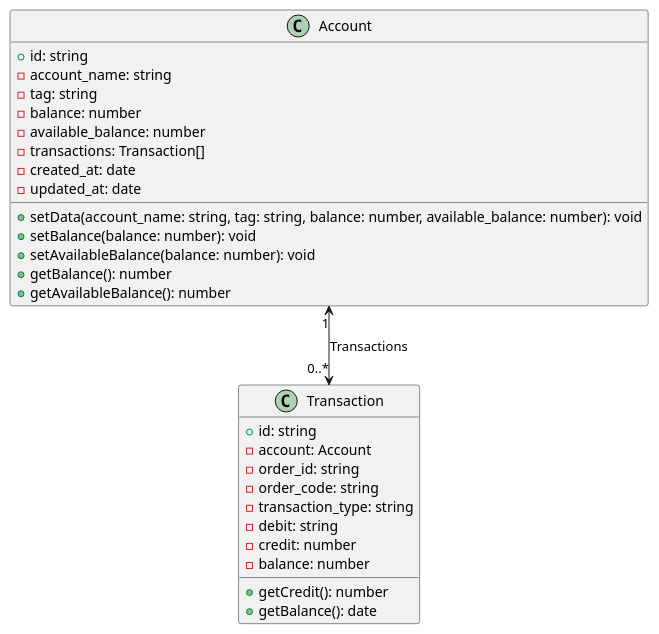
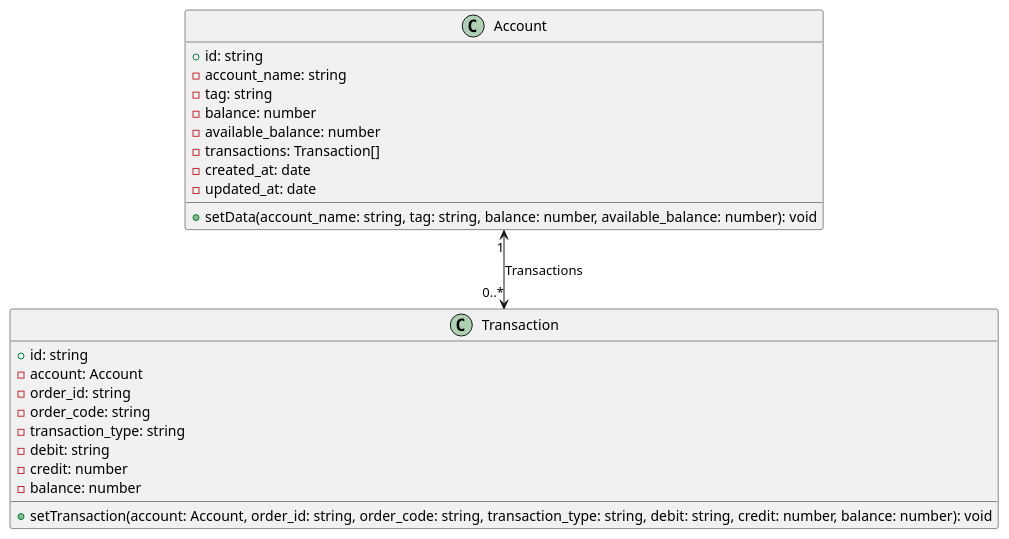
The diagram in diagram-uml.puml (Tonetete/fortris-cc), drawn with PlantUML before and after one commit.

```diff
--- a/diagram-uml.puml
+++ b/diagram-uml.puml
@@ -1,34 +1,29 @@
 @startuml
 class Account {
   + id: string
   - account_name: string
   - tag: string
   - balance: number
   - available_balance: number
   - transactions: Transaction[]
   - created_at: date
   - updated_at: date
   + setData(account_name: string, tag: string, balance: number, available_balance: number): void
-  + setBalance(balance: number): void
-  + setAvailableBalance(balance: number): void
-  + getBalance(): number
-  + getAvailableBalance(): number
 }
 
 class Transaction {
   + id: string
   - account: Account
   - order_id: string
   - order_code: string
   - transaction_type: string
   - debit: string
   - credit: number
   - balance: number
-  + getCredit(): number
-  + getBalance(): date
+  + setTransaction(account: Account, order_id: string, order_code: string, transaction_type: string, debit: string, credit: number, balance: number): void
 }
 
 Account "1" <--> "0..*" Transaction: Transactions
 
 
 @enduml
```
